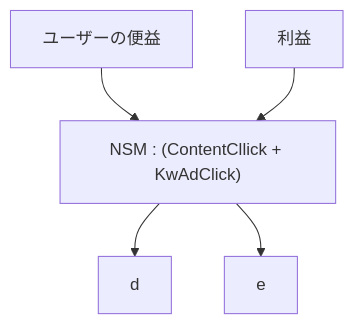
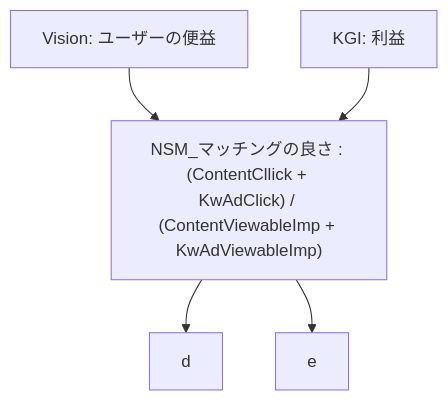
The diagram in kpi_nsm_tree.md (gotzy/tmp), drawn with Mermaid before and after one commit.

````diff
--- a/kpi_nsm_tree.md
+++ b/kpi_nsm_tree.md
@@ -1,9 +1,9 @@
 ```mermaid
 flowchart TB
     
-    a["ユーザーの便益"] --> c["NSM : (ContentCllick + KwAdClick)"]
-    b["利益"]--> c
+    a["Vision: ユーザーの便益"] --> c["NSM_マッチングの良さ : (ContentCllick + KwAdClick) / (ContentViewableImp + KwAdViewableImp)  "]
+    b["KGI: 利益"]--> c
     c --> d
     c --> e
     
 ```
````
